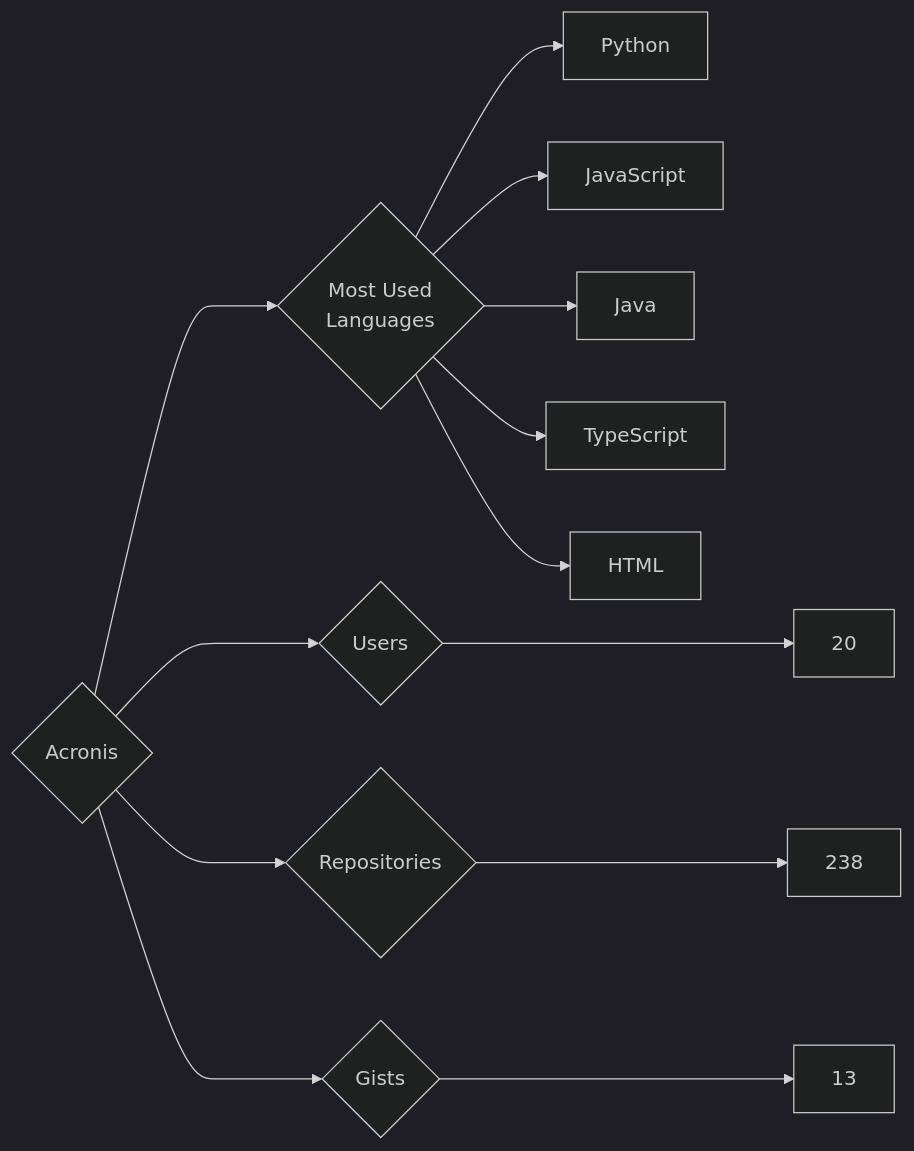
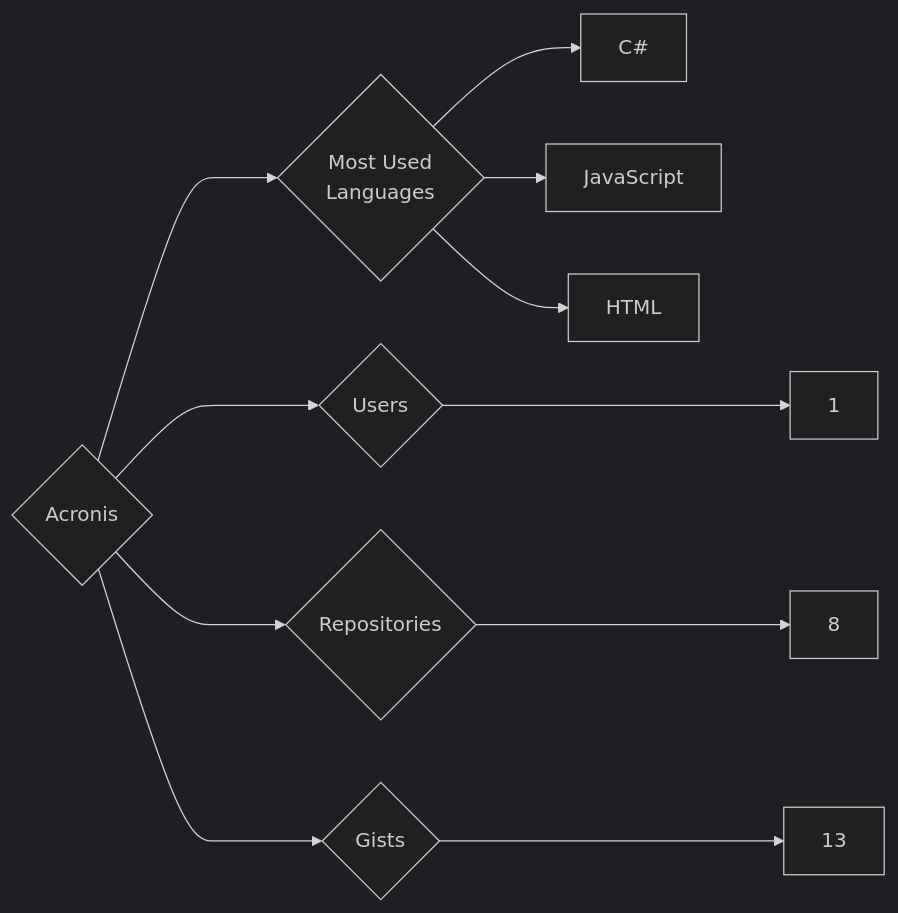
The diagram in targets/Acronis/README.md (trickest/insiders), drawn with Mermaid (dark theme) before and after one commit. The commit also changed 657 other files, not shown here.

````diff
--- a/targets/Acronis/README.md
+++ b/targets/Acronis/README.md
@@ -3,13 +3,11 @@
 ```mermaid
 graph LR
 COMPANY_NAME{Acronis}
-COMPANY_NAME ---> U{Users} ---> UN[20]
-COMPANY_NAME ---> R{Repositories} ---> RN[238]
+COMPANY_NAME ---> U{Users} ---> UN[1]
+COMPANY_NAME ---> R{Repositories} ---> RN[8]
 COMPANY_NAME ---> G{Gists} ---> GN[13]
 COMPANY_NAME ---> ML{Most Used<br>Languages}
-ML --> Python[Python]
+ML --> C#[C#]
 ML --> JavaScript[JavaScript]
-ML --> Java[Java]
-ML --> TypeScript[TypeScript]
 ML --> HTML[HTML]
 ```
````
